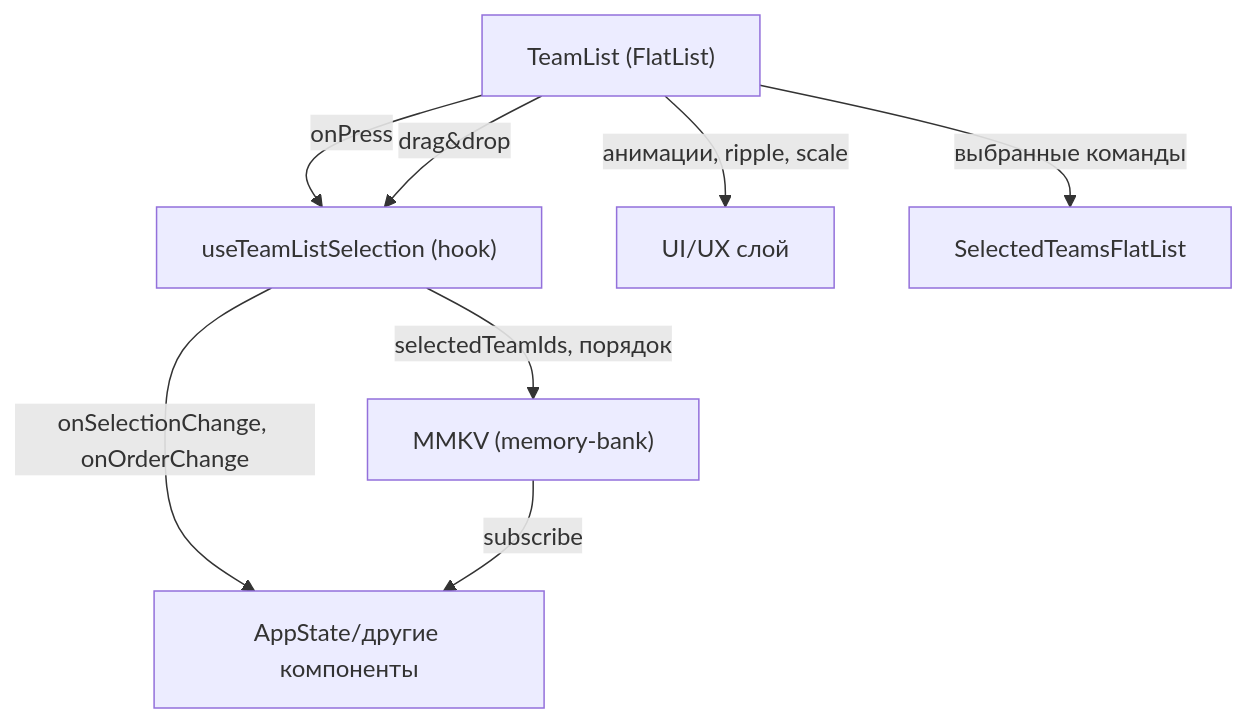
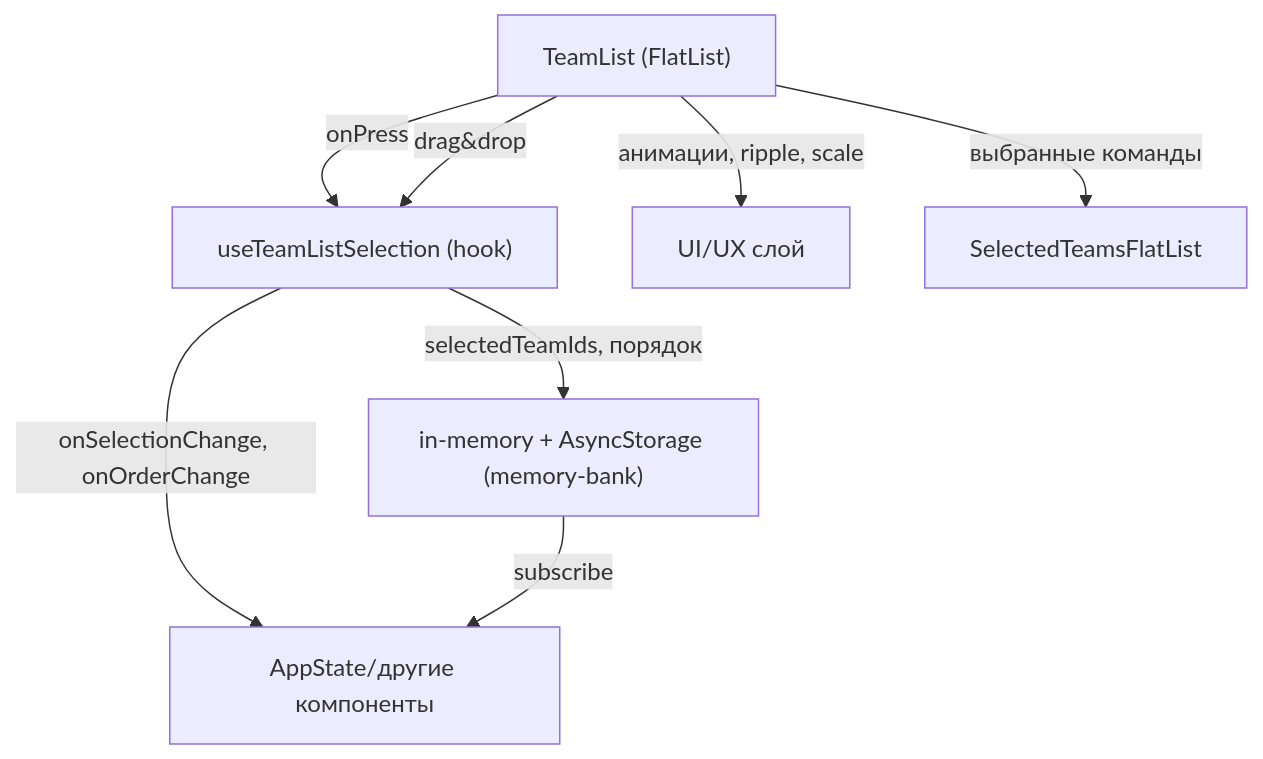
The diagram in src/features/team-api/team-list/context.md (Js-Nanodegree/Footbal), drawn with Mermaid before and after one commit. The commit also changed other lines of this file and 23 other files, not shown here.

````diff
--- a/src/features/team-api/team-list/context.md
+++ b/src/features/team-api/team-list/context.md
@@ -54,10 +54,10 @@
 ```mermaid
 graph TD
   A["TeamList (FlatList)"] -->|"onPress"| B["useTeamListSelection (hook)"]
-  B -->|"selectedTeamIds, порядок"| C["MMKV (memory-bank)"]
+  B -->|"selectedTeamIds, порядок"| C["in-memory + AsyncStorage (memory-bank)"]
   B -->|"onSelectionChange, onOrderChange"| D["AppState/другие компоненты"]
   A -->|"drag&drop"| B
   A -->|"анимации, ripple, scale"| E["UI/UX слой"]
   A -->|"выбранные команды"| F["SelectedTeamsFlatList"]
   C -->|"subscribe"| D
 ``` 
````
